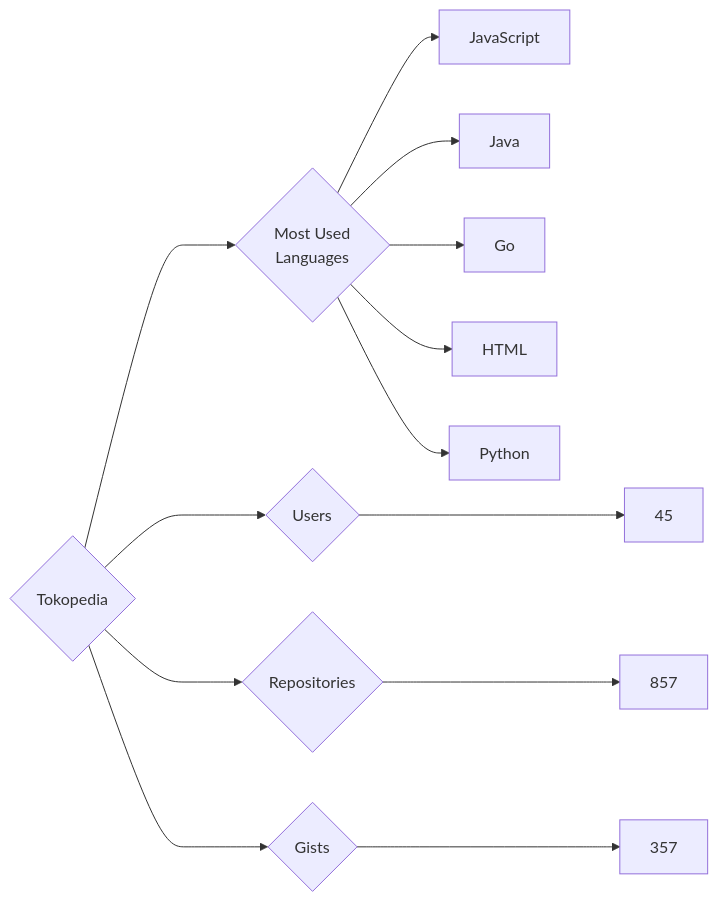
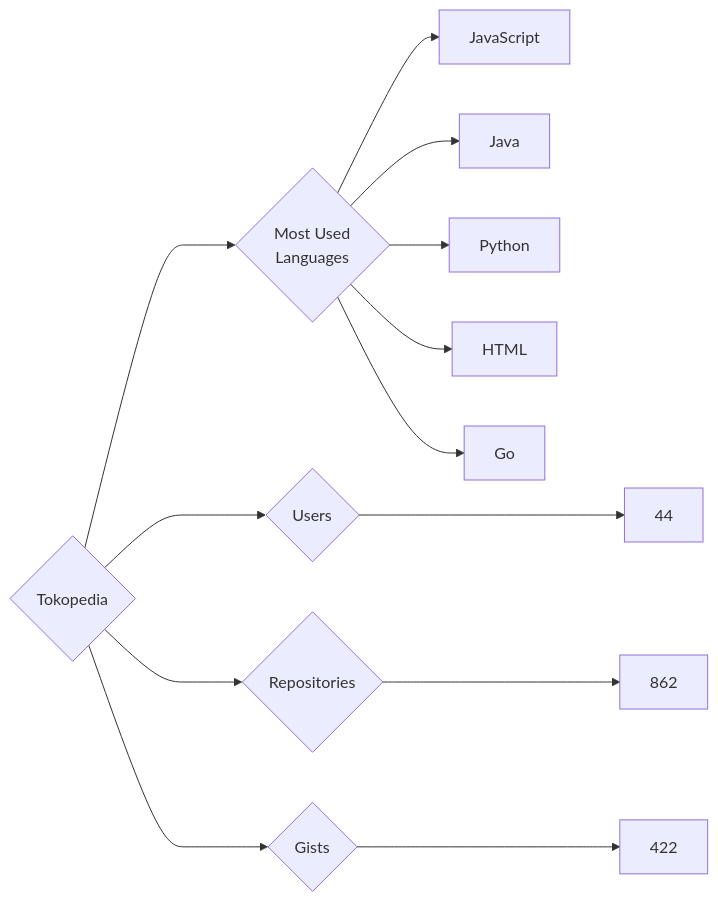
The diagram in targets/Tokopedia/README.md (trickest/insiders), drawn with Mermaid before and after one commit. The commit also changed 886 other files, not shown here.

````diff
--- a/targets/Tokopedia/README.md
+++ b/targets/Tokopedia/README.md
@@ -3,13 +3,13 @@
 ```mermaid
 graph LR
 COMPANY_NAME{Tokopedia}
-COMPANY_NAME ---> U{Users} ---> UN[45]
-COMPANY_NAME ---> R{Repositories} ---> RN[857]
-COMPANY_NAME ---> G{Gists} ---> GN[357]
+COMPANY_NAME ---> U{Users} ---> UN[44]
+COMPANY_NAME ---> R{Repositories} ---> RN[862]
+COMPANY_NAME ---> G{Gists} ---> GN[422]
 COMPANY_NAME ---> ML{Most Used<br>Languages}
 ML --> JavaScript[JavaScript]
 ML --> Java[Java]
+ML --> Python[Python]
+ML --> HTML[HTML]
 ML --> Go[Go]
-ML --> HTML[HTML]
-ML --> Python[Python]
 ```
````
